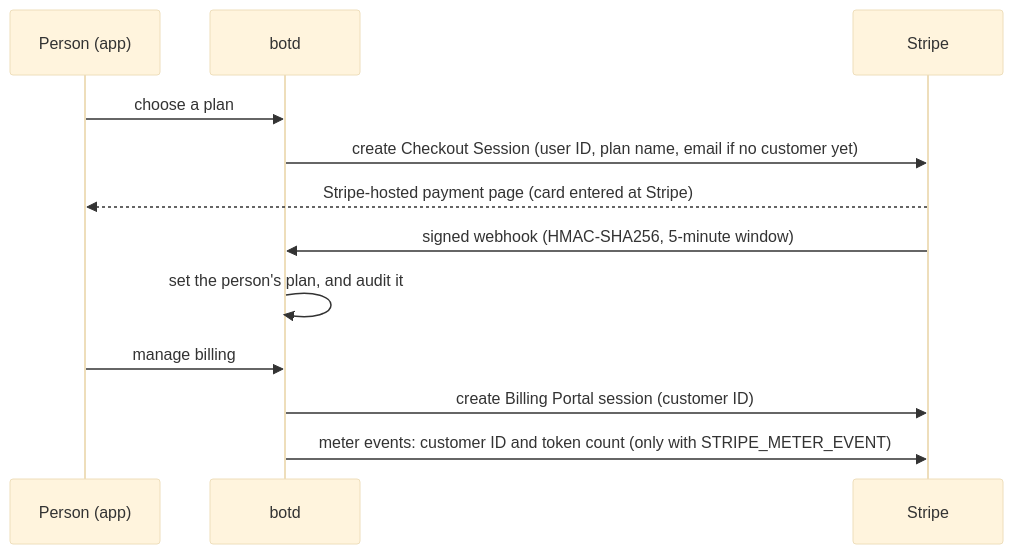
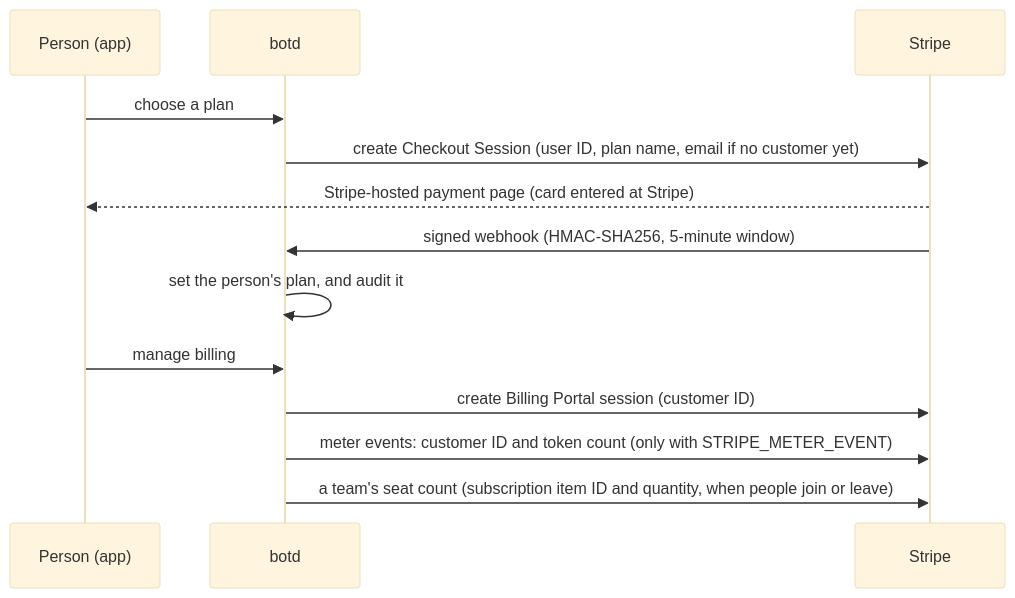
The third of 3 diagrams in docs/security/data-flows.md (CG-Labs/superbot), drawn with Mermaid (base theme) before and after one commit. The commit also changed other lines of this file and 9 other files, not shown here.

Commit message:
docs: ADR 0093 team billing, roadmap, backend and security docs (#30, #31)

````diff
--- a/docs/security/data-flows.md
+++ b/docs/security/data-flows.md
@@ -130,14 +130,15 @@
 ```mermaid
 sequenceDiagram
   participant P as Person (app)
   participant B as botd
   participant S as Stripe
   P->>B: choose a plan
   B->>S: create Checkout Session (user ID, plan name, email if no customer yet)
   S-->>P: Stripe-hosted payment page (card entered at Stripe)
   S->>B: signed webhook (HMAC-SHA256, 5-minute window)
   B->>B: set the person's plan, and audit it
   P->>B: manage billing
   B->>S: create Billing Portal session (customer ID)
   B->>S: meter events: customer ID and token count (only with STRIPE_METER_EVENT)
+  B->>S: a team's seat count (subscription item ID and quantity, when people join or leave)
 ```
````
